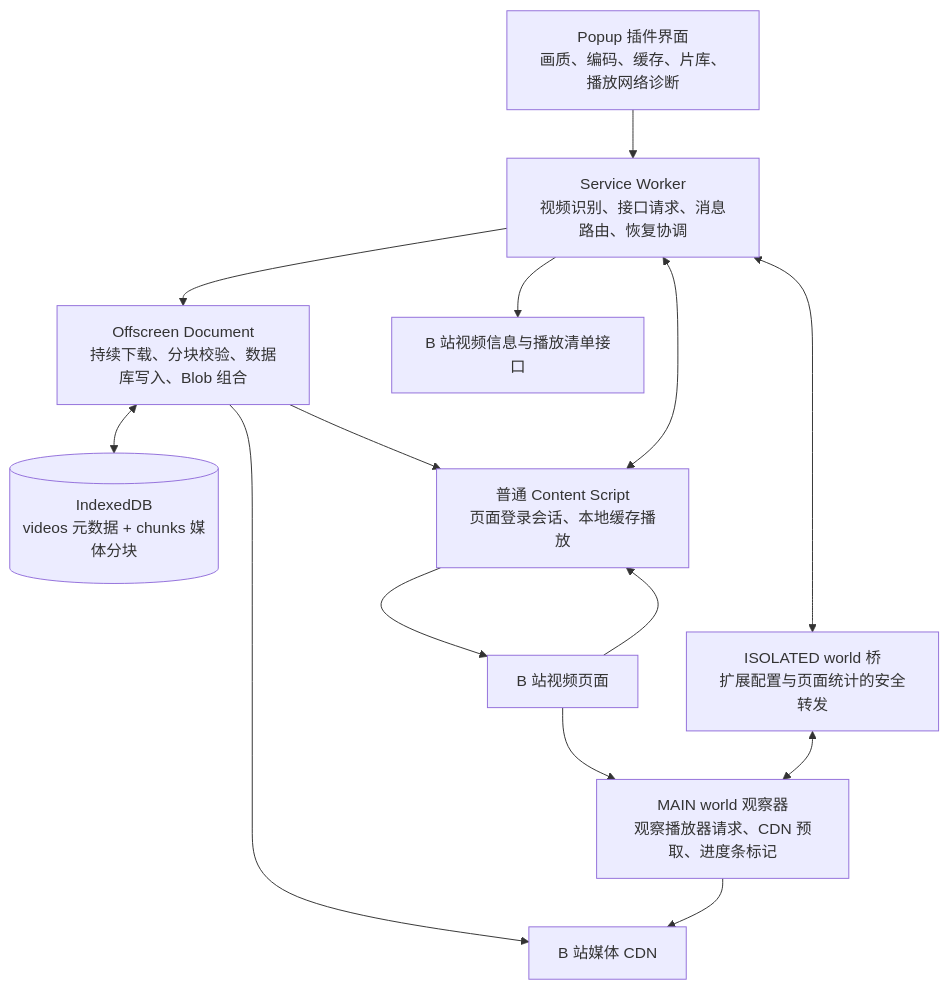
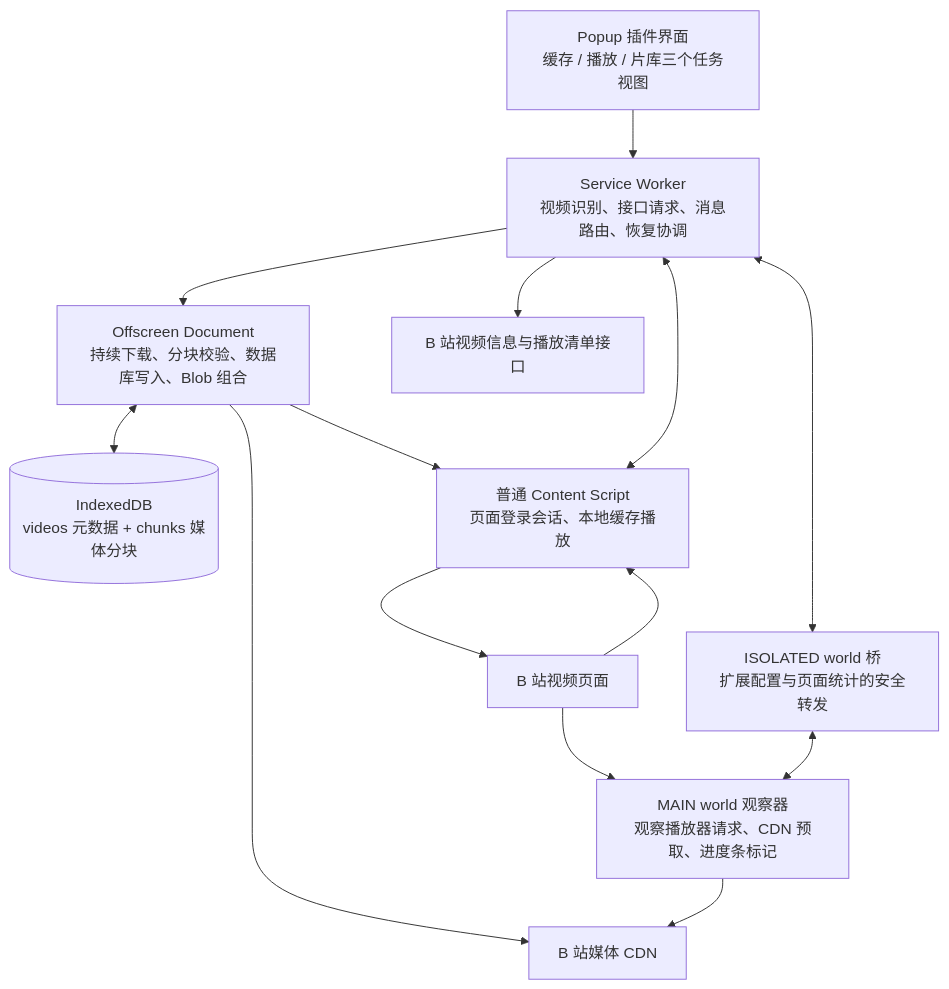
The first of 2 diagrams in 技术文档.md (Kihara-Ri/bilibili-buffer-extension), drawn with Mermaid before and after one commit. The commit also changed other lines of this file and 13 other files, not shown here.

````diff
--- a/技术文档.md
+++ b/技术文档.md
@@ -30,28 +30,28 @@
 ```mermaid
 flowchart TB
-    UI["Popup 插件界面<br/>画质、编码、缓存、片库、播放网络诊断"]
+    UI["Popup 插件界面<br/>缓存 / 播放 / 片库三个任务视图"]
     BG["Service Worker<br/>视频识别、接口请求、消息路由、恢复协调"]
     OFF["Offscreen Document<br/>持续下载、分块校验、数据库写入、Blob 组合"]
     DB[("IndexedDB<br/>videos 元数据 + chunks 媒体分块")]
     PAGE["B 站视频页面"]
     MAIN["MAIN world 观察器<br/>观察播放器请求、CDN 预取、进度条标记"]
     BRIDGE["ISOLATED world 桥<br/>扩展配置与页面统计的安全转发"]
     CONTENT["普通 Content Script<br/>页面登录会话、本地缓存播放"]
     API["B 站视频信息与播放清单接口"]
     CDN["B 站媒体 CDN"]
 
     UI --> BG
     BG --> API
     BG --> OFF
     OFF <--> DB
     OFF --> CDN
 
     PAGE --> MAIN
     PAGE --> CONTENT
     BRIDGE <--> MAIN
     BG <--> BRIDGE
     CONTENT <--> BG
     MAIN --> CDN
     OFF --> CONTENT
     CONTENT --> PAGE
 ```
````
